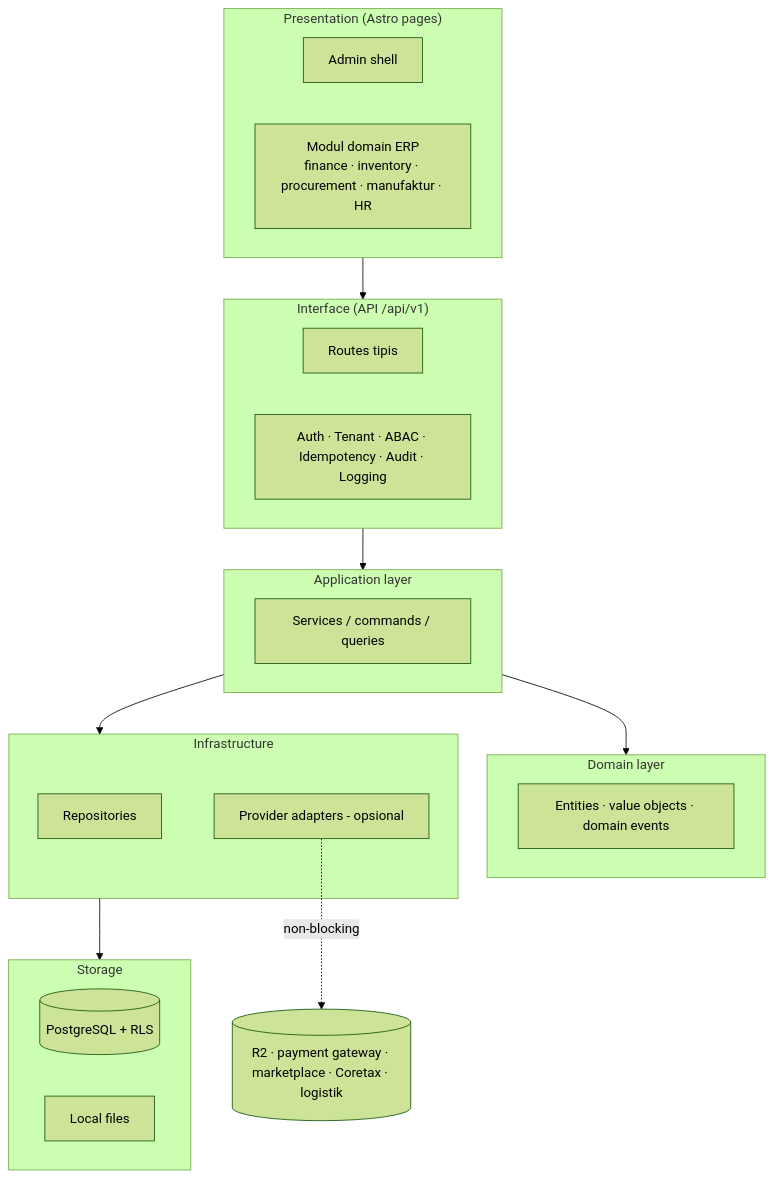
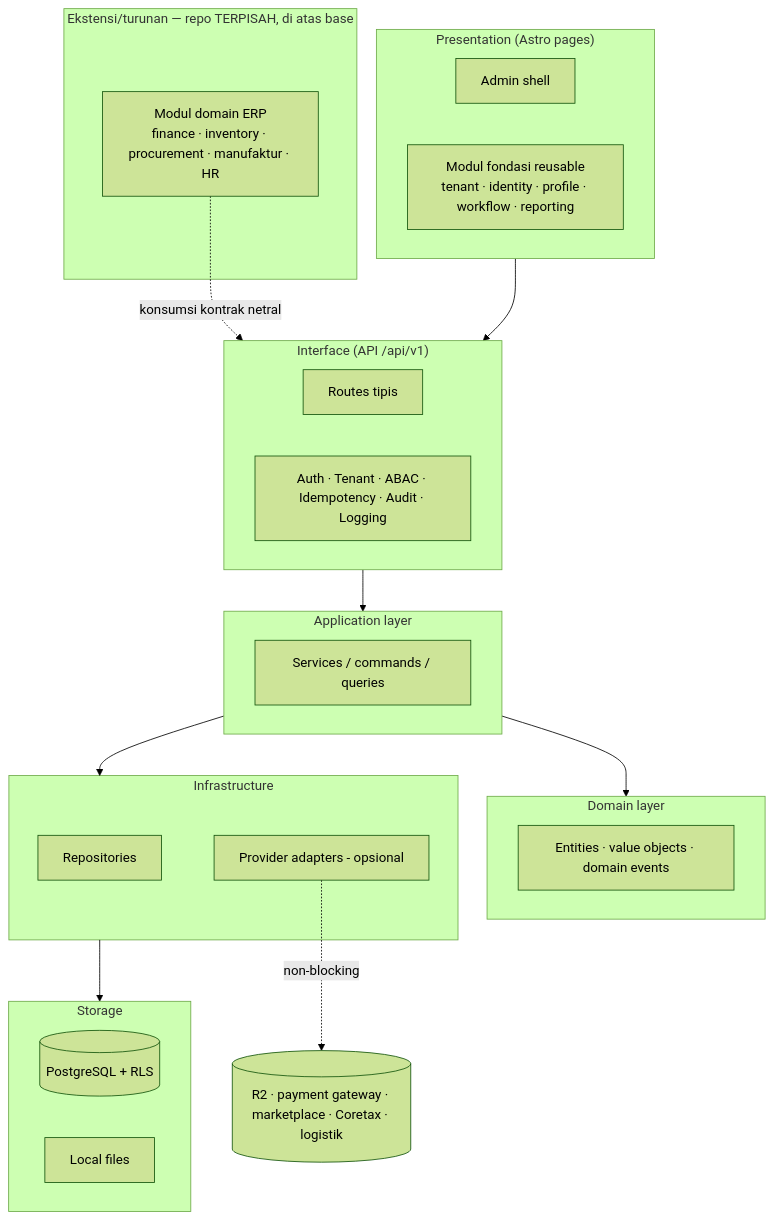
Before and after one commit to ahliweb/awcms: the first of 3 diagrams in docs/awcms/01_canvas_induk.md, drawn with Mermaid (forest theme). The commit also changed other lines of this file and 4 other files, not shown here.

````diff
--- a/docs/awcms/01_canvas_induk.md
+++ b/docs/awcms/01_canvas_induk.md
@@ -27,30 +27,34 @@
 ```mermaid
 flowchart TB
   subgraph Presentation["Presentation (Astro pages)"]
     Admin[Admin shell]
-    App[Modul domain ERP<br/>finance · inventory · procurement · manufaktur · HR]
+    App[Modul fondasi reusable<br/>tenant · identity · profile · workflow · reporting]
   end
+  subgraph Ext["Ekstensi/turunan — repo TERPISAH, di atas base"]
+    ERP[Modul domain ERP<br/>finance · inventory · procurement · manufaktur · HR]
+  end
+  ERP -.konsumsi kontrak netral.-> Interface
   subgraph Interface["Interface (API /api/v1)"]
     Routes[Routes tipis]
     Middleware[Auth · Tenant · ABAC · Idempotency · Audit · Logging]
   end
   subgraph Application["Application layer"]
     Services[Services / commands / queries]
   end
   subgraph Domain["Domain layer"]
     Entities[Entities · value objects · domain events]
   end
   subgraph Infrastructure["Infrastructure"]
     Repo[Repositories]
     Providers[Provider adapters - opsional]
   end
   subgraph Storage["Storage"]
     DB[(PostgreSQL + RLS)]
     Files[Local files]
   end
 
   Presentation --> Interface --> Application --> Domain
   Application --> Infrastructure
   Infrastructure --> Storage
   Providers -. non-blocking .-> External[(R2 · payment gateway · marketplace · Coretax · logistik)]
 ```
````
